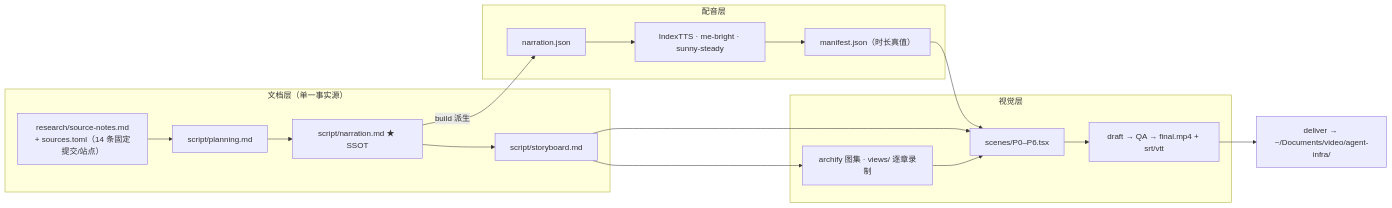
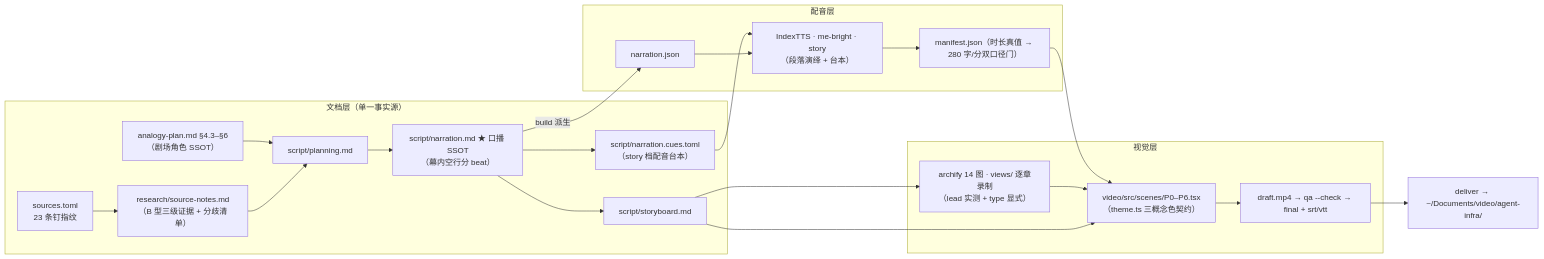
One commit to ThreeFish-AI/negentropy changed the diagram in apps/negentropy-influence/episodes/jev-decision-model-video/script/planning.md. Above: the diagram before and after it, drawn with Mermaid. The commit also changed other lines of this file and 110 other files, not shown here.

````diff
--- a/apps/negentropy-influence/episodes/jev-decision-model-video/script/planning.md
+++ b/apps/negentropy-influence/episodes/jev-decision-model-video/script/planning.md
@@ -123,21 +164,25 @@
 ```mermaid
 flowchart LR
     subgraph DOC["文档层（单一事实源）"]
-        SRC["research/source-notes.md<br/>+ sources.toml（14 条固定提交/站点）"] --> PLAN["script/planning.md"]
-        PLAN --> NAR["script/narration.md ★ SSOT"]
+        TOML["sources.toml<br/>23 条钉指纹"] --> SN["research/source-notes.md<br/>（B 型三级证据 + 分歧清单）"]
+        ANA["analogy-plan.md §4.3–§6<br/>（剧场角色 SSOT）"] --> PLAN["script/planning.md"]
+        SN --> PLAN
+        PLAN --> NAR["script/narration.md ★ 口播 SSOT<br/>（幕内空行分 beat）"]
+        NAR --> CUES["script/narration.cues.toml<br/>（story 档配音台本）"]
         NAR --> SB["script/storyboard.md"]
     end
     subgraph VOICE["配音层"]
+        CUES --> TTS["IndexTTS · me-bright · story<br/>（段落演绎 + 台本）"]
         NAR -->|build 派生| NJ["narration.json"]
-        NJ --> TTS["IndexTTS · me-bright · sunny-steady"]
-        TTS --> MAN["manifest.json（时长真值）"]
+        NJ --> TTS
+        TTS --> MAN["manifest.json（时长真值 → 280 字/分双口径门）"]
     end
     subgraph VISUAL["视觉层"]
-        SB --> ARC["archify 图集 · views/ 逐章录制"]
-        SB --> SCN["scenes/P0–P6.tsx"]
-        MAN --> SCN
+        SB --> ARC["archify 14 图 · views/ 逐章录制<br/>（lead 实测 + type 显式）"]
+        MAN --> SCN["video/src/scenes/P0–P6.tsx<br/>（theme.ts 三概念色契约）"]
         ARC --> SCN
-        SCN --> OUT["draft → QA → final.mp4 + srt/vtt"]
+        SB --> SCN
+        SCN --> OUT["draft.mp4 → qa --check → final + srt/vtt"]
     end
     OUT --> DEL["deliver → ~/Documents/video/agent-infra/"]
 ```
````
